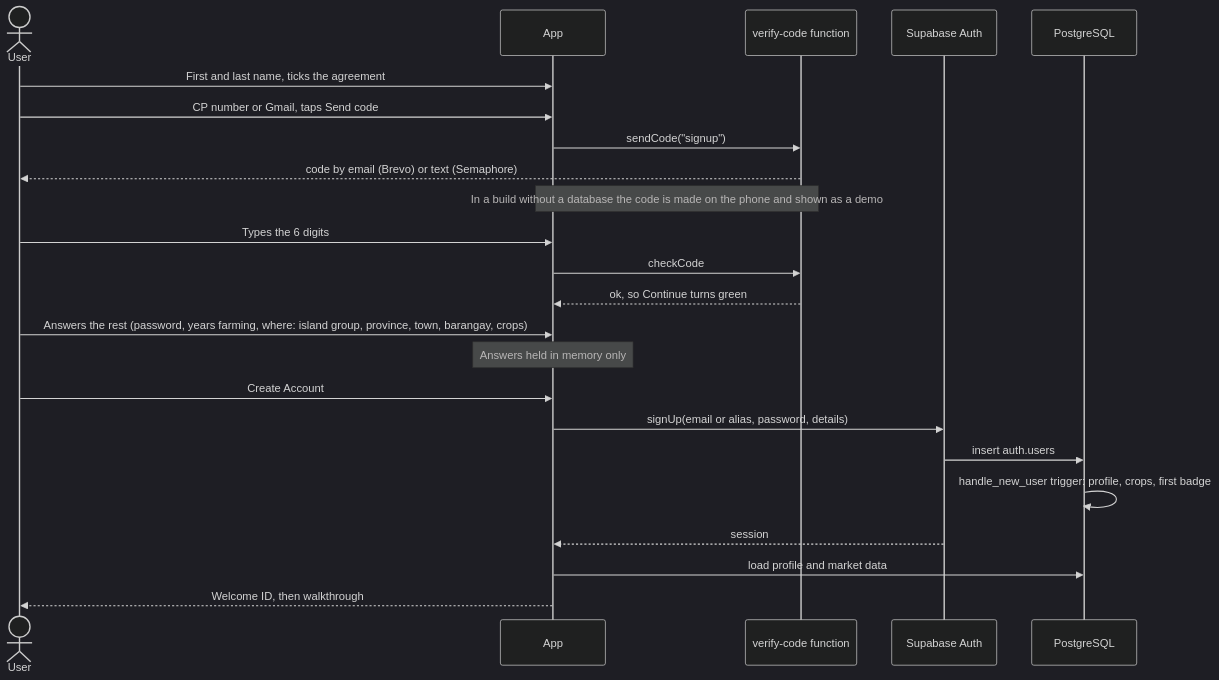
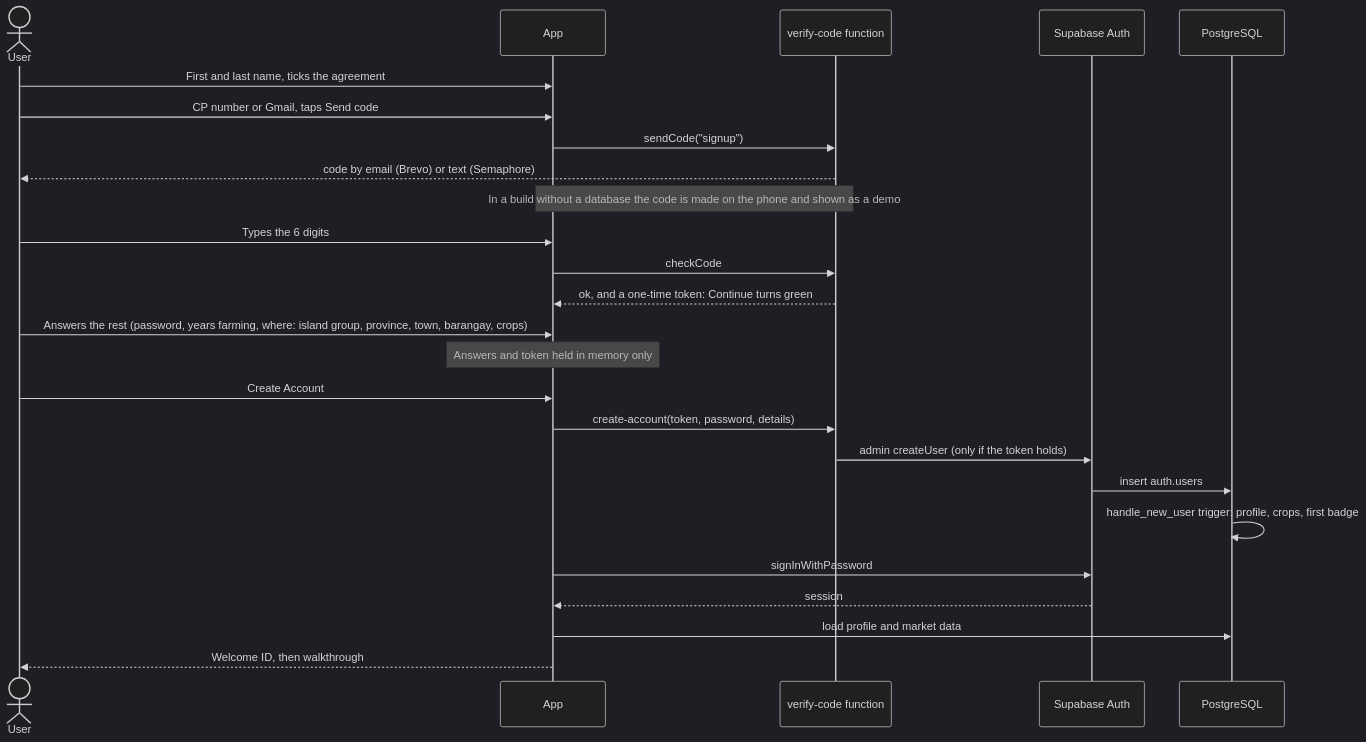
Before and after one commit to yslruzly/AniSense: the fourth of 11 diagrams in docs/architecture.md, drawn with Mermaid (dark theme). The commit also changed other lines of this file and 18 other files, not shown here.

Commit message:
Security: accounts made only by verify-code after the code passes; daily caps on codes and wrong tries; keyed code hashes; sign out other phones after a password change; network security config; site serves supabase-js itself, with HSTS and CSP

````diff
--- a/docs/architecture.md
+++ b/docs/architecture.md
@@ -275,26 +275,28 @@
 ```mermaid
 sequenceDiagram
   actor U as User
   participant A as App
   participant V as verify-code function
   participant Auth as Supabase Auth
   participant DB as PostgreSQL
 
   U->>A: First and last name, ticks the agreement
   U->>A: CP number or Gmail, taps Send code
   A->>V: sendCode("signup")
   V-->>U: code by email (Brevo) or text (Semaphore)
   Note over A,V: In a build without a database the code is made on the phone and shown as a demo
   U->>A: Types the 6 digits
   A->>V: checkCode
-  V-->>A: ok, so Continue turns green
+  V-->>A: ok, and a one-time token: Continue turns green
   U->>A: Answers the rest (password, years farming, where: island group, province, town, barangay, crops)
-  Note over A: Answers held in memory only
+  Note over A: Answers and token held in memory only
   U->>A: Create Account
-  A->>Auth: signUp(email or alias, password, details)
+  A->>V: create-account(token, password, details)
+  V->>Auth: admin createUser (only if the token holds)
   Auth->>DB: insert auth.users
   DB->>DB: handle_new_user trigger: profile, crops, first badge
+  A->>Auth: signInWithPassword
   Auth-->>A: session
   A->>DB: load profile and market data
   A-->>U: Welcome ID, then walkthrough
 ```
````
